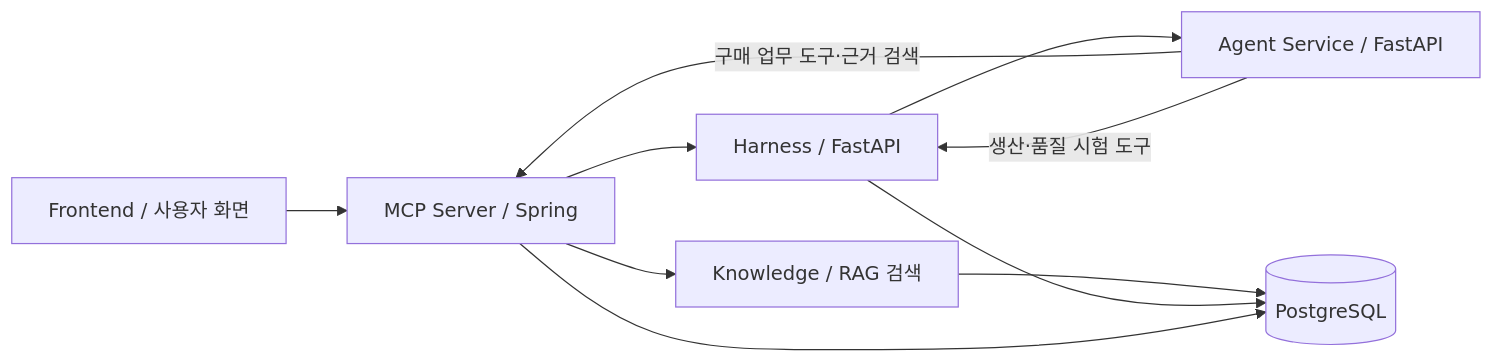
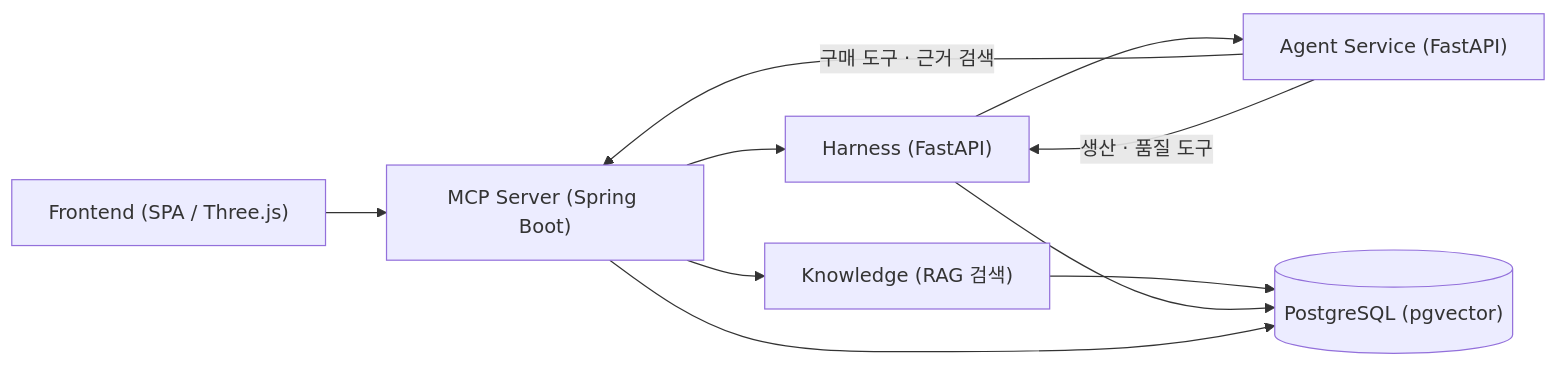
One commit to Agent-Crash-Lab/agent-crash-lab changed the second of 2 diagrams in README.md. Above: the diagram before and after it, drawn with Mermaid. The commit also changed other lines of this file and 6 other files, not shown here.

````diff
--- a/README.md
+++ b/README.md
@@ -52,12 +100,12 @@
 ```mermaid
 flowchart LR
-    U[Frontend / 사용자 화면] --> M[MCP Server / Spring]
-    M --> H[Harness / FastAPI]
-    H --> A[Agent Service / FastAPI]
-    A -->|구매 업무 도구·근거 검색| M
-    A -->|생산·품질 시험 도구| H
-    M --> K[Knowledge / RAG 검색]
-    K --> DB[(PostgreSQL)]
+    U["Frontend (SPA / Three.js)"] --> M["MCP Server (Spring Boot)"]
+    M --> H["Harness (FastAPI)"]
+    H --> A["Agent Service (FastAPI)"]
+    A -->|"구매 도구 · 근거 검색"| M
+    A -->|"생산 · 품질 도구"| H
+    M --> K["Knowledge (RAG 검색)"]
+    K --> DB[("PostgreSQL (pgvector)")]
     H --> DB
     M --> DB
 ```
````
